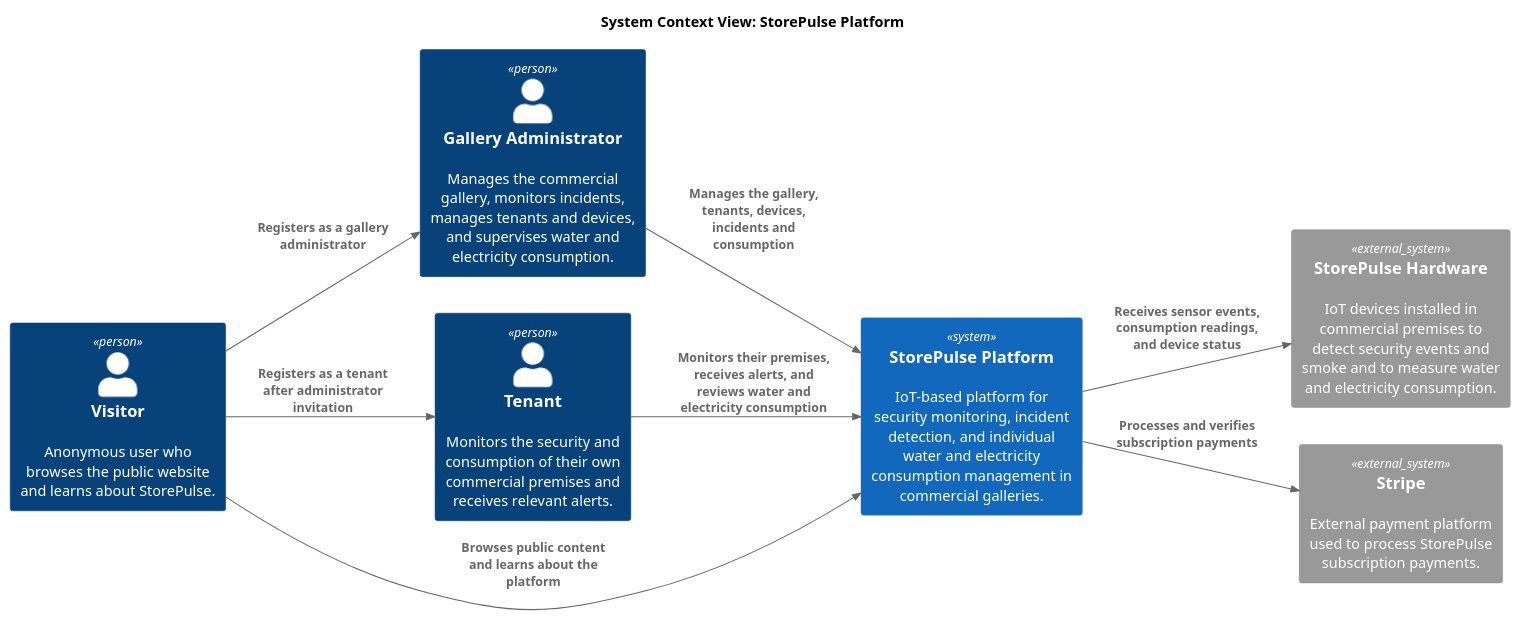
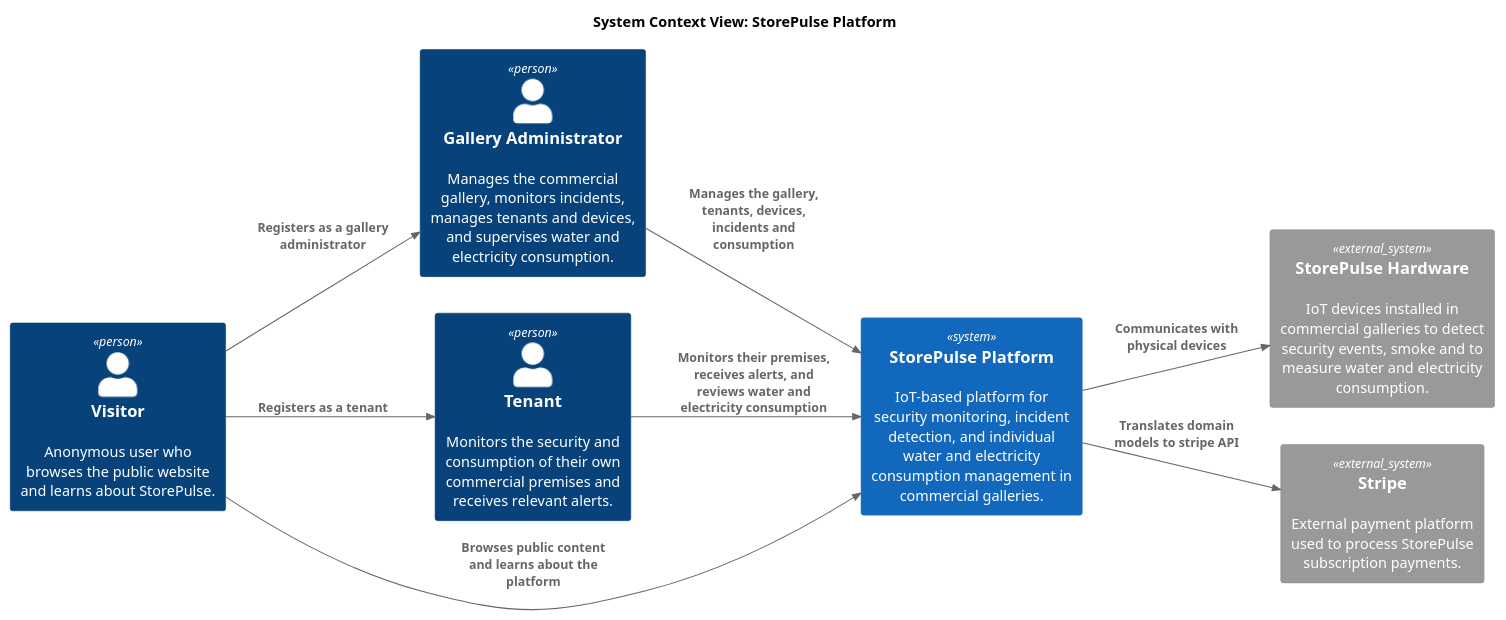
One commit to VanguardTechIot/storepulse-report changed the diagram in assets/architecture/storepulse-system-context.puml. Above: the diagram before and after it, drawn with PlantUML.

Commit message:
refactor(assets): update storepulse system context descriptions.

```diff
--- a/assets/architecture/storepulse-system-context.puml
+++ b/assets/architecture/storepulse-system-context.puml
@@ -1,26 +1,26 @@
 @startuml storepulse-system-context
 !include https://raw.githubusercontent.com/plantuml-stdlib/C4-PlantUML/master/C4_Context.puml
 
 title System Context View: StorePulse Platform
 
 LAYOUT_LEFT_RIGHT()
 
 Person(visitor, "Visitor", "Anonymous user who browses the public website and learns about StorePulse.")
 Person(galleryAdmin, "Gallery Administrator", "Manages the commercial gallery, monitors incidents, manages tenants and devices, and supervises water and electricity consumption.")
 Person(tenant, "Tenant", "Monitors the security and consumption of their own commercial premises and receives relevant alerts.")
 
 System(platform, "StorePulse Platform", "IoT-based platform for security monitoring, incident detection, and individual water and electricity consumption management in commercial galleries.")
-System_Ext(hardware, "StorePulse Hardware", "IoT devices installed in commercial premises to detect security events and smoke and to measure water and electricity consumption.")
+System_Ext(hardware, "StorePulse Hardware", "IoT devices installed in commercial galleries to detect security events, smoke and to measure water and electricity consumption.")
 System_Ext(stripe, "Stripe", "External payment platform used to process StorePulse subscription payments.")
 
 Rel(visitor, platform, "Browses public content and learns about the platform")
-Rel(visitor, tenant, "Registers as a tenant after administrator invitation")
+Rel(visitor, tenant, "Registers as a tenant")
 Rel(visitor, galleryAdmin, "Registers as a gallery administrator")
 
 Rel(galleryAdmin, platform, "Manages the gallery, tenants, devices, incidents and consumption")
 
 Rel(tenant, platform, "Monitors their premises, receives alerts, and reviews water and electricity consumption")
 
-Rel(platform, hardware, "Receives sensor events, consumption readings, and device status")
-Rel(platform, stripe, "Processes and verifies subscription payments")
+Rel(platform, hardware, "Communicates with physical devices")
+Rel(platform, stripe, "Translates domain models to stripe API")
 @enduml
```
